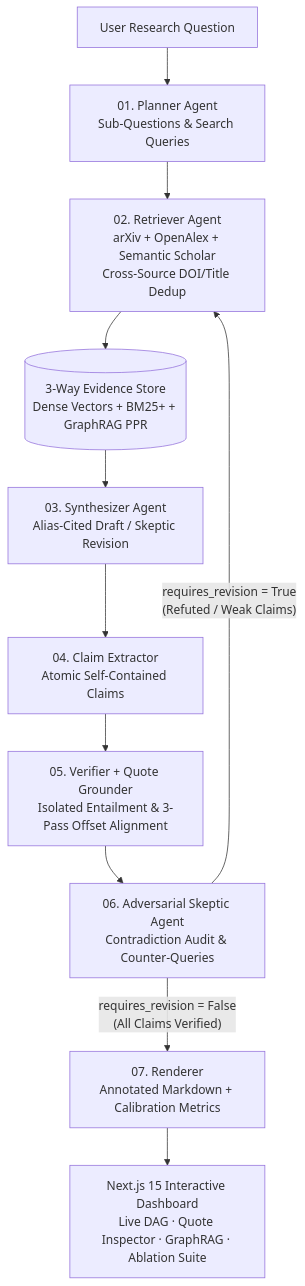
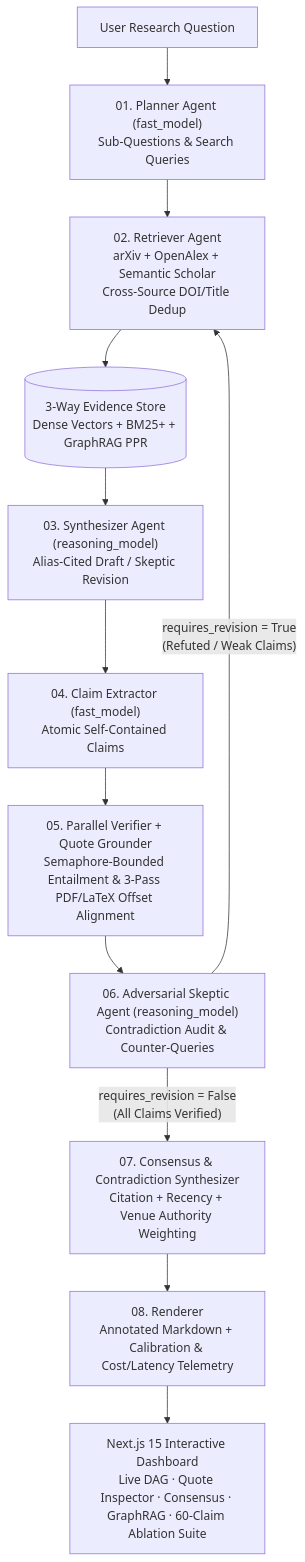
Before and after one commit to gadirlianar/Aetheris: the diagram in README.md, drawn with Mermaid. The commit also changed other lines of this file and 47 other files, not shown here.

Commit message:
feat(aetheris): Tier-1 research & systems hardening (60-claim benchmark, parallel verifier, SQLite WAL replay, PDF/LaTeX grounding, contradiction synthesizer, tiered routing)

````diff
--- a/README.md
+++ b/README.md
@@ -31,13 +32,14 @@
 ```mermaid
 flowchart TD
-    Q["User Research Question"] --> P["01. Planner Agent\nSub-Questions & Search Queries"]
+    Q["User Research Question"] --> P["01. Planner Agent (fast_model)\nSub-Questions & Search Queries"]
     P --> R["02. Retriever Agent\narXiv + OpenAlex + Semantic Scholar\nCross-Source DOI/Title Dedup"]
     R --> KB[("3-Way Evidence Store\nDense Vectors + BM25+ + GraphRAG PPR")]
-    KB --> S["03. Synthesizer Agent\nAlias-Cited Draft / Skeptic Revision"]
-    S --> CE["04. Claim Extractor\nAtomic Self-Contained Claims"]
-    CE --> V["05. Verifier + Quote Grounder\nIsolated Entailment & 3-Pass Offset Alignment"]
-    V --> SK["06. Adversarial Skeptic Agent\nContradiction Audit & Counter-Queries"]
+    KB --> S["03. Synthesizer Agent (reasoning_model)\nAlias-Cited Draft / Skeptic Revision"]
+    S --> CE["04. Claim Extractor (fast_model)\nAtomic Self-Contained Claims"]
+    CE --> V["05. Parallel Verifier + Quote Grounder\nSemaphore-Bounded Entailment & 3-Pass PDF/LaTeX Offset Alignment"]
+    V --> SK["06. Adversarial Skeptic Agent (reasoning_model)\nContradiction Audit & Counter-Queries"]
     SK -- "requires_revision = True\n(Refuted / Weak Claims)" --> R
-    SK -- "requires_revision = False\n(All Claims Verified)" --> F["07. Renderer\nAnnotated Markdown + Calibration Metrics"]
-    F --> UI["Next.js 15 Interactive Dashboard\nLive DAG · Quote Inspector · GraphRAG · Ablation Suite"]
+    SK -- "requires_revision = False\n(All Claims Verified)" --> CS["07. Consensus & Contradiction Synthesizer\nCitation + Recency + Venue Authority Weighting"]
+    CS --> F["08. Renderer\nAnnotated Markdown + Calibration & Cost/Latency Telemetry"]
+    F --> UI["Next.js 15 Interactive Dashboard\nLive DAG · Quote Inspector · Consensus · GraphRAG · 60-Claim Ablation Suite"]
 ```
````
